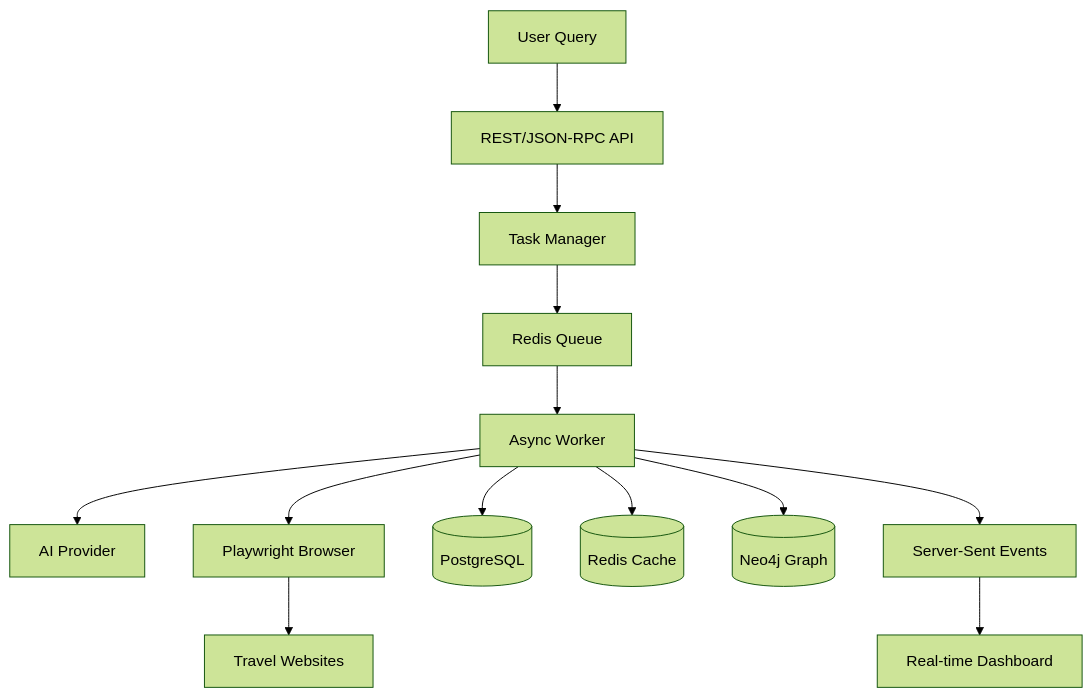
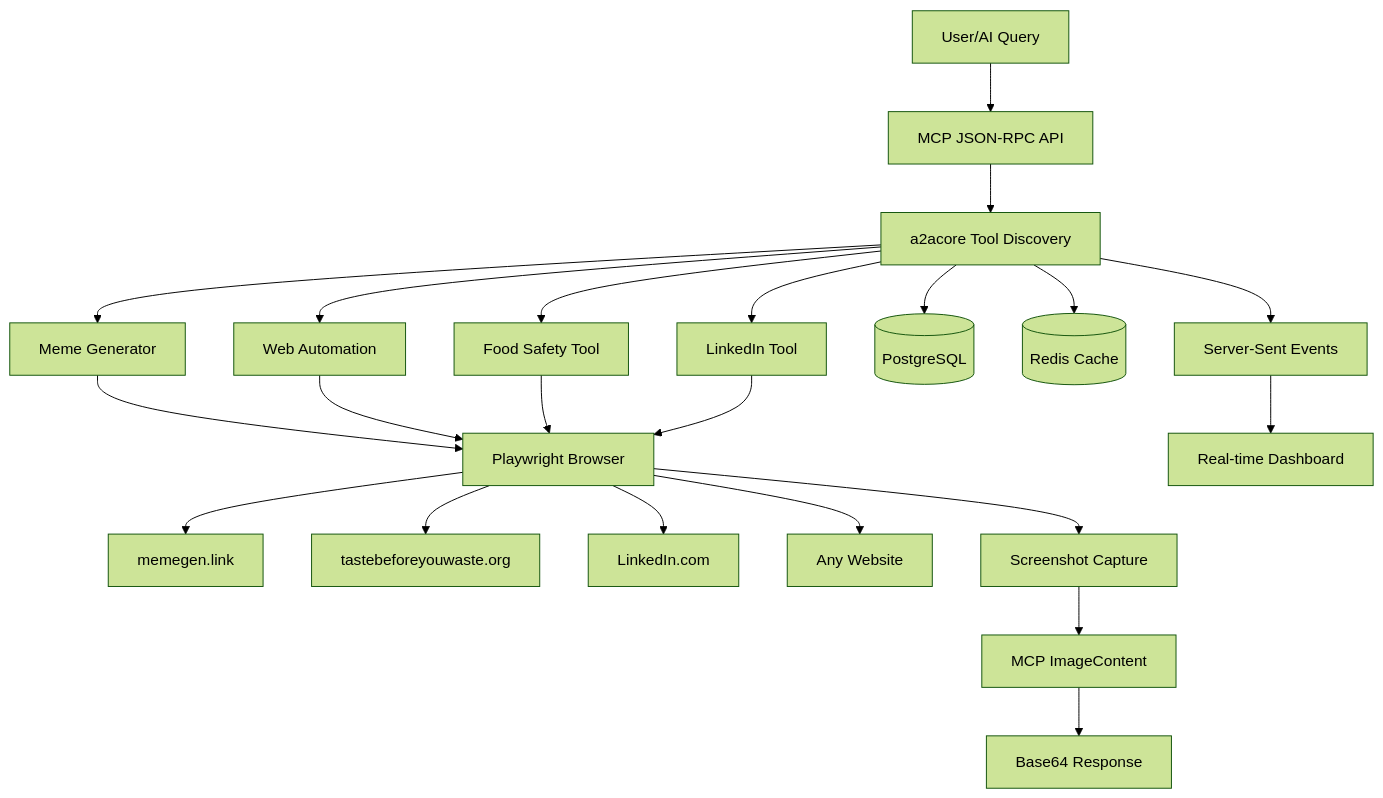
The diagram in a2awebagent/README.MD (Wingie/a2aResumeAgent), drawn with Mermaid (forest theme) before and after one commit. The commit also changed other lines of this file and 1 other file, not shown here.

Commit message:
meme readme

````diff
--- a/a2awebagent/README.MD
+++ b/a2awebagent/README.MD
@@ -151,15 +238,28 @@
 ```mermaid
 graph TB
-    User[User Query] --> API[REST/JSON-RPC API]
-    API --> TaskMgr[Task Manager]
-    TaskMgr --> Queue[Redis Queue]
-    Queue --> Worker[Async Worker]
-    Worker --> AI[AI Provider]
-    Worker --> Browser[Playwright Browser]
-    Browser --> Web[Travel Websites]
-    Worker --> DB[(PostgreSQL)]
-    Worker --> Cache[(Redis Cache)]
-    Worker --> Graph[(Neo4j Graph)]
-    Worker --> SSE[Server-Sent Events]
+    User[User/AI Query] --> API[MCP JSON-RPC API]
+    API --> Tools[a2acore Tool Discovery]
+    Tools --> Meme[Meme Generator]
+    Tools --> Food[Food Safety Tool]
+    Tools --> LinkedIn[LinkedIn Tool]
+    Tools --> WebAuto[Web Automation]
+    
+    Meme --> Playwright[Playwright Browser]
+    WebAuto --> Playwright
+    Food --> Playwright
+    LinkedIn --> Playwright
+    
+    Playwright --> Memegen[memegen.link]
+    Playwright --> FoodSite[tastebeforeyouwaste.org]
+    Playwright --> LI[LinkedIn.com]
+    Playwright --> GeneralWeb[Any Website]
+    
+    Playwright --> Screenshots[Screenshot Capture]
+    Screenshots --> ImageContent[MCP ImageContent]
+    ImageContent --> Base64[Base64 Response]
+    
+    Tools --> DB[(PostgreSQL)]
+    Tools --> Cache[(Redis Cache)]
+    Tools --> SSE[Server-Sent Events]
     SSE --> Dashboard[Real-time Dashboard]
 ```
````
